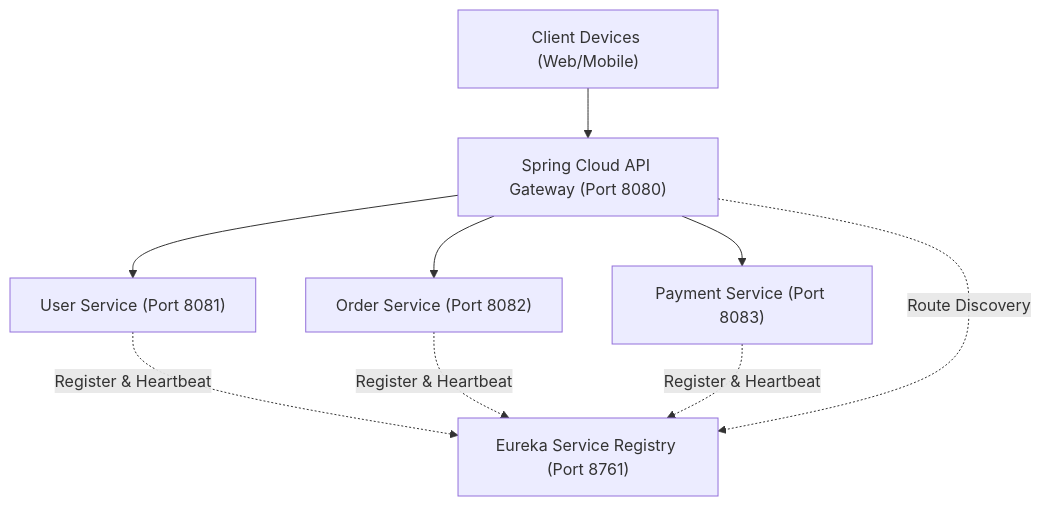
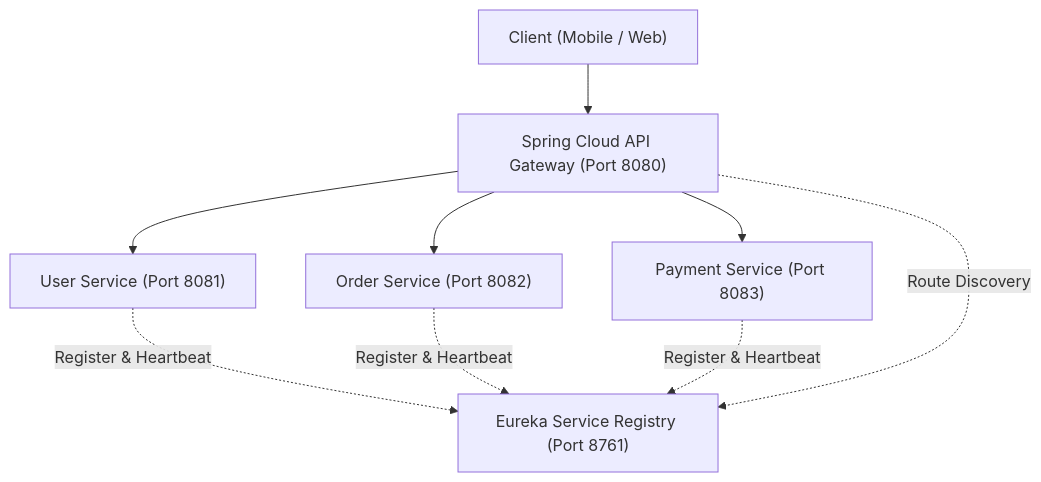
One commit to sakousa856-sketch/java-spring-for-developers-khmer changed the diagram in 04-spring-boot/07-microservices-with-spring-boot/01-microservices-step-by-step-guide/README.md. Above: the diagram before and after it, drawn with Mermaid. The commit also changed other lines of this file and 290 other files, not shown here.

````diff
--- a/04-spring-boot/07-microservices-with-spring-boot/01-microservices-step-by-step-guide/README.md
+++ b/04-spring-boot/07-microservices-with-spring-boot/01-microservices-step-by-step-guide/README.md
@@ -157,13 +166,14 @@
 ```mermaid
 graph TD
-    Client["Client Devices (Web/Mobile)"] --> Gateway["Spring Cloud API Gateway (Port 8080)"]
+    Client["Client (Mobile / Web)"] --> Gateway["Spring Cloud API Gateway (Port 8080)"]
     Gateway --> S1["User Service (Port 8081)"]
     Gateway --> S2["Order Service (Port 8082)"]
     Gateway --> S3["Payment Service (Port 8083)"]
     
     Eureka["Eureka Service Registry (Port 8761)"]
     S1 -.->|Register & Heartbeat| Eureka
     S2 -.->|Register & Heartbeat| Eureka
     S3 -.->|Register & Heartbeat| Eureka
     Gateway -.->|Route Discovery| Eureka
+
 ```
````
